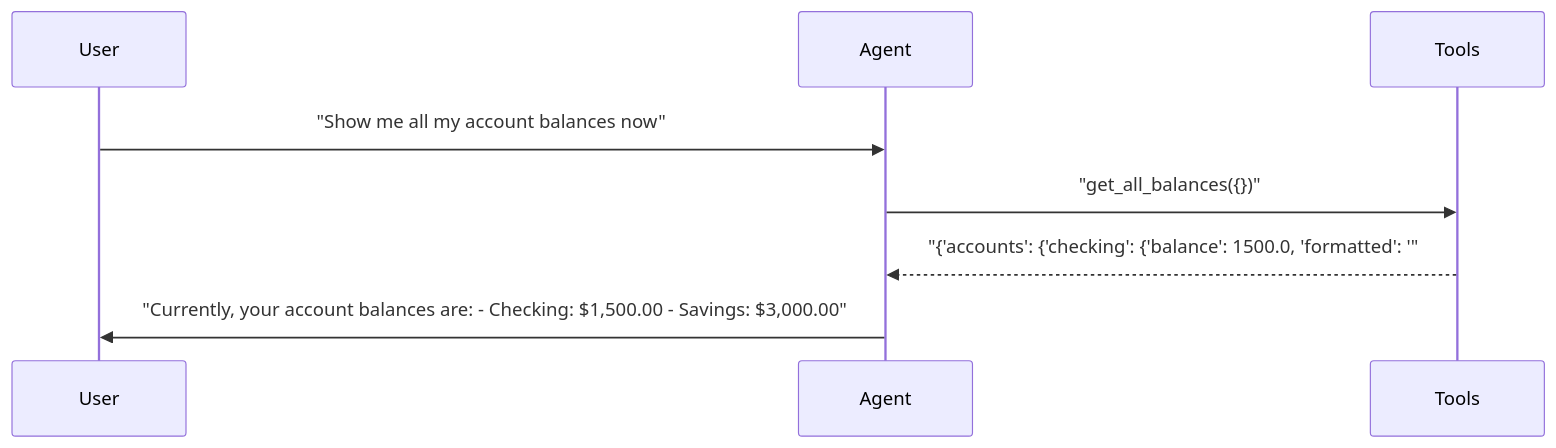
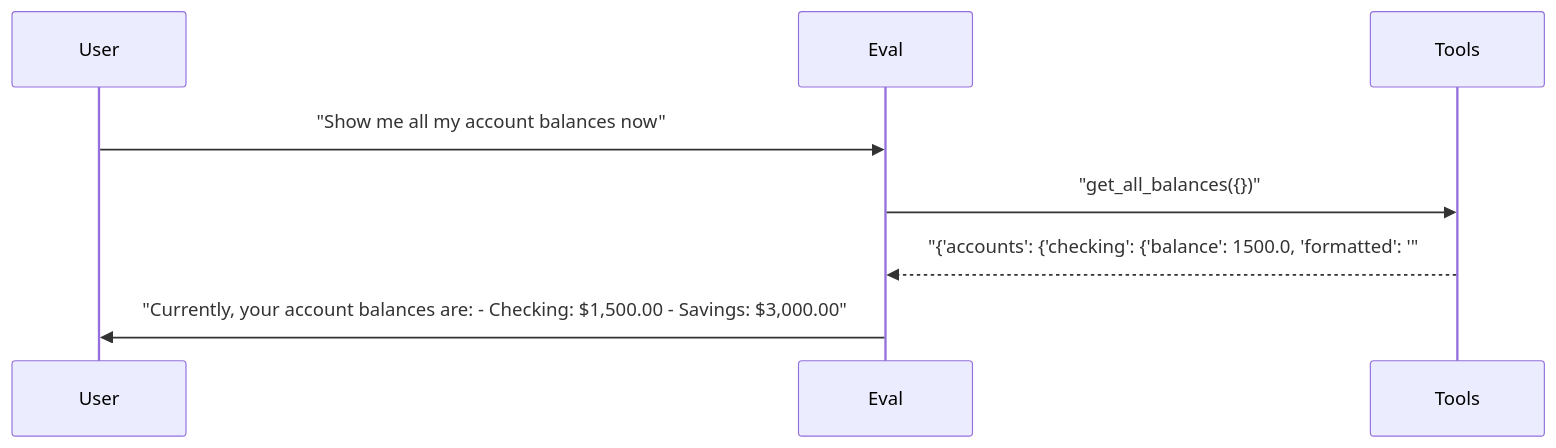
Before and after one commit to sbroenne/pytest-skill-engineering: the sixth of 6 diagrams in docs/reports/03_multi_agent_sessions.md, drawn with Mermaid. The commit also changed other lines of this file and 155 other files, not shown here.

````diff
--- a/docs/reports/03_multi_agent_sessions.md
+++ b/docs/reports/03_multi_agent_sessions.md
@@ -341,11 +341,11 @@
 ```mermaid
 sequenceDiagram
     participant User
-    participant Agent
+    participant Eval
     participant Tools
 
-    User->>Agent: "Show me all my account balances now"
-    Agent->>Tools: "get_all_balances({})"
-    Tools-->>Agent: "{'accounts': {'checking': {'balance': 1500.0, 'formatted': '"
-    Agent->>User: "Currently, your account balances are: - Checking: $1,500.00 - Savings: $3,000.00"
+    User->>Eval: "Show me all my account balances now"
+    Eval->>Tools: "get_all_balances({})"
+    Tools-->>Eval: "{'accounts': {'checking': {'balance': 1500.0, 'formatted': '"
+    Eval->>User: "Currently, your account balances are: - Checking: $1,500.00 - Savings: $3,000.00"
 ```
````
